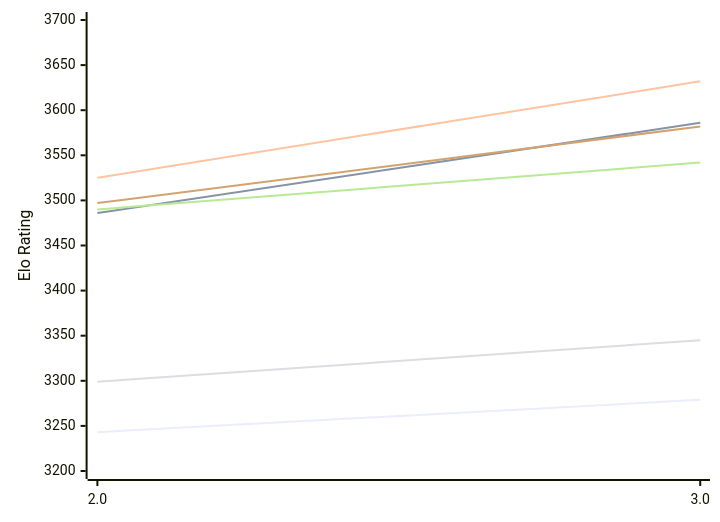
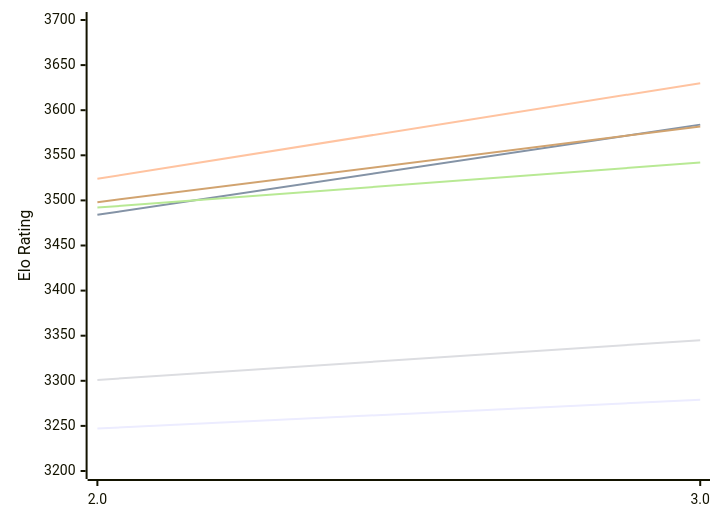
The first of 2 diagrams in engines/Quanticade.md (computer-chess-index/cci), drawn with Mermaid before and after one commit. The commit also changed other lines of this file, not shown here.

Commit message:
Update CCI Ratings (ELO VLTC) - 2026-11-27

````diff
--- a/engines/Quanticade.md
+++ b/engines/Quanticade.md
@@ -50,12 +50,12 @@
 ```mermaid
 %%{init: {"theme":"base","themeVariables":{"seriesColors:['#a3a3a3','#222221','#faa371']}}}%%
 xychart-beta
   x-axis ["2.0", "3.0"]
   y-axis "Elo Rating" 3200 --> 3700
-  line "E1: STC (8.0+0.08s)" [3243, 3279]
-  line "E1: LTC (60.0+0.60s)" [3486, 3586]
-  line "E1: VLTC (2m24s+1.12s)" [3525, 3632]
-  line "P1: STC (8.0+0.08s)" [3299, 3345]
-  line "P1: LTC (60.0+0.60s)" [3490, 3542]
-  line "P1: VLTC (2m24s+1.12s)" [3497, 3582]
+  line "E1: STC (8.0+0.08s)" [3247, 3279]
+  line "E1: LTC (60.0+0.60s)" [3484, 3584]
+  line "E1: VLTC (2m24s+1.12s)" [3524, 3630]
+  line "P1: STC (8.0+0.08s)" [3301, 3345]
+  line "P1: LTC (60.0+0.60s)" [3492, 3542]
+  line "P1: VLTC (2m24s+1.12s)" [3498, 3582]
 ```
````
